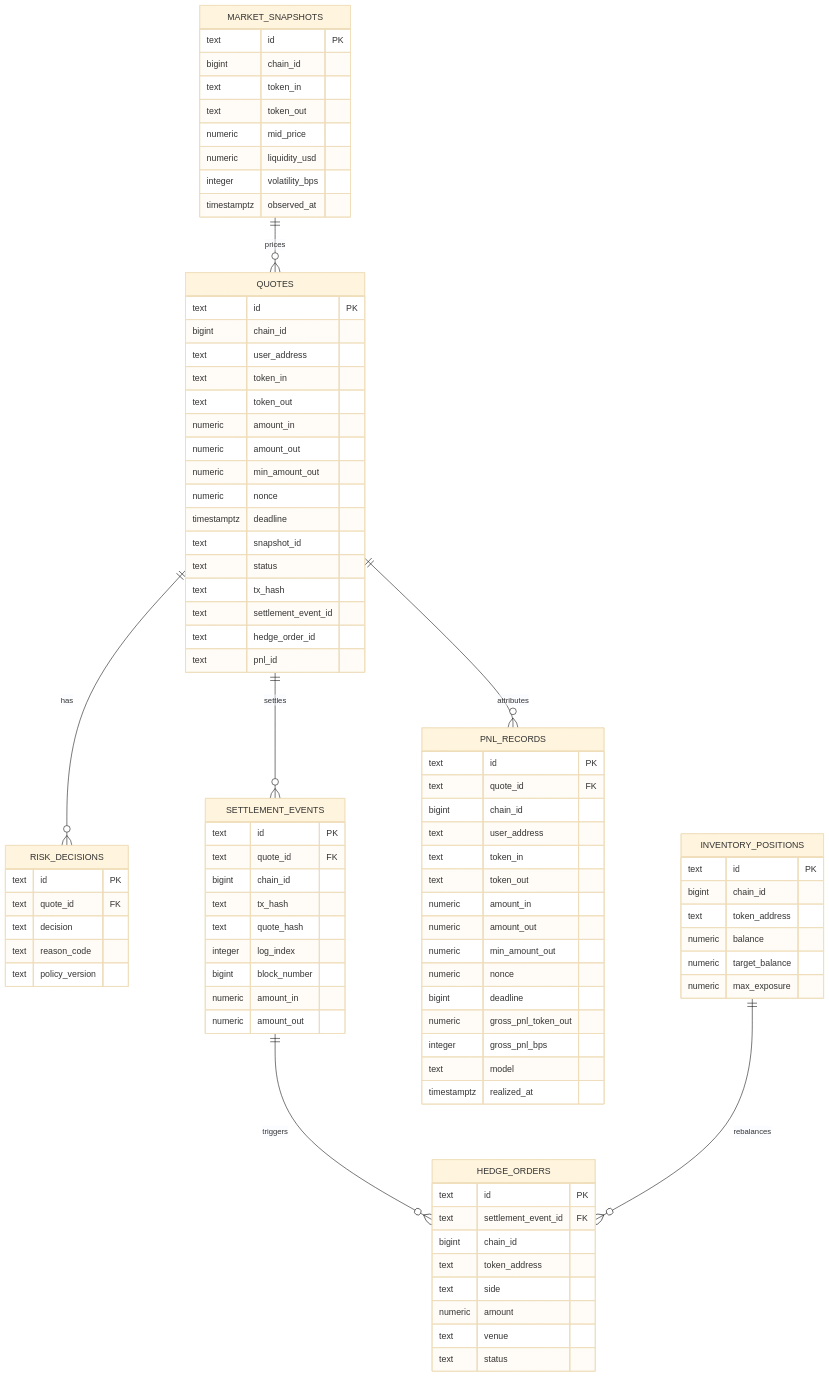
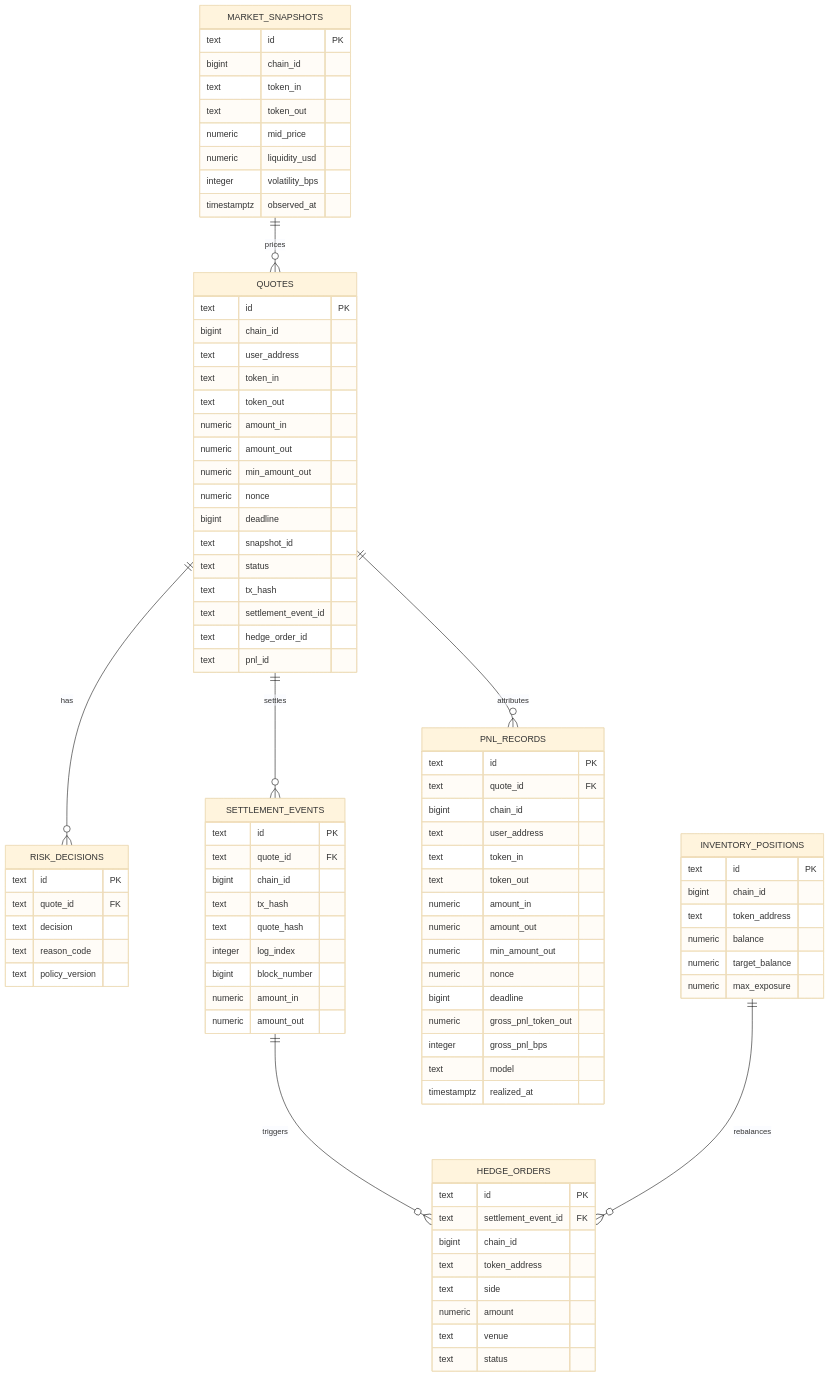
Before and after one commit to alvis-ai/production-grade-web3-rfq-market-maker: the diagram in docs/database/er-diagram.md, drawn with Mermaid (base theme). The commit also changed other lines of this file and 4 other files, not shown here.

```diff
--- a/docs/database/er-diagram.md
+++ b/docs/database/er-diagram.md
@@ -21,7 +21,7 @@
     numeric amount_out
     numeric min_amount_out
     numeric nonce
-    timestamptz deadline
+    bigint deadline
     text snapshot_id
     text status
     text tx_hash
```
